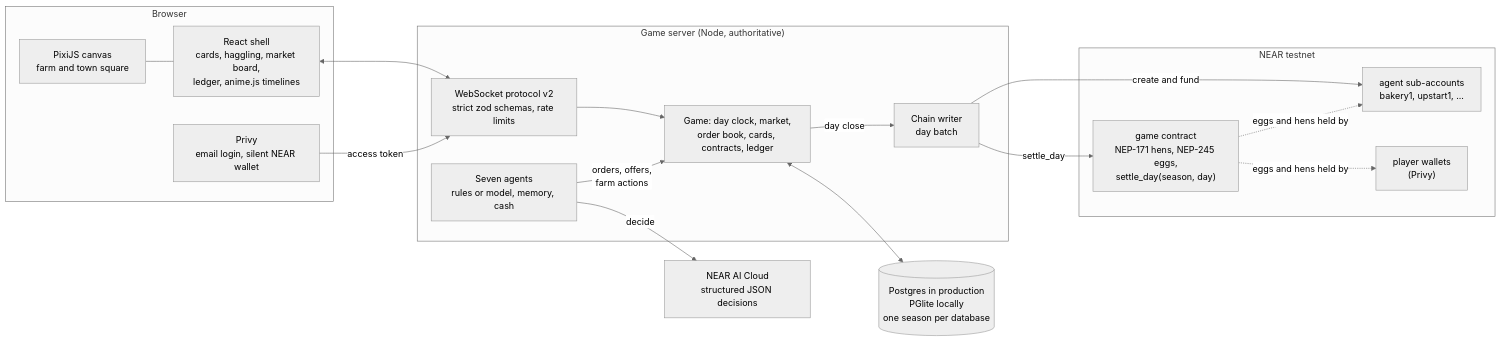
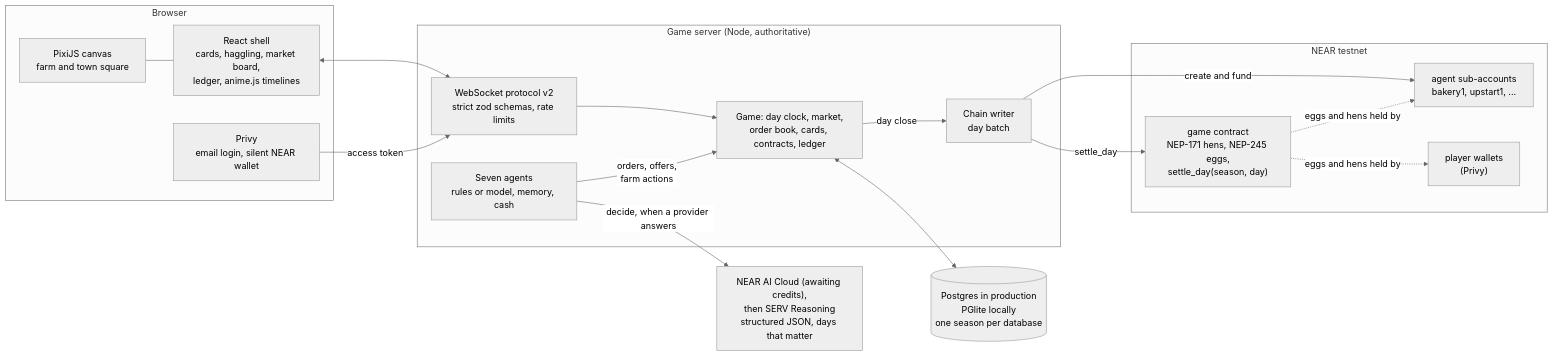
The sixth of 7 diagrams in README.md (iam25th1/chickens-of-yolk-street), drawn with Mermaid (neutral theme) before and after one commit. The commit also changed other lines of this file and 3 other files, not shown here.

First line of the commit message:
Docs say what decides: rule strategies, and a model only while a provider answers

````diff
--- a/README.md
+++ b/README.md
@@ -1284,33 +1324,33 @@
 ```mermaid
 flowchart LR
   subgraph Browser
     UI["React shell<br/>cards, haggling, market board,<br/>ledger, anime.js timelines"]
     PX["PixiJS canvas<br/>farm and town square"]
     PV["Privy<br/>email login, silent NEAR wallet"]
   end
   subgraph Server["Game server (Node, authoritative)"]
     WS["WebSocket protocol v2<br/>strict zod schemas, rate limits"]
     GM["Game: day clock, market,<br/>order book, cards, contracts, ledger"]
     AG["Seven agents<br/>rules or model, memory, cash"]
     CW["Chain writer<br/>day batch"]
   end
   DB[("Postgres in production<br/>PGlite locally<br/>one season per database")]
-  AI["NEAR AI Cloud<br/>structured JSON decisions"]
+  AI["NEAR AI Cloud (awaiting credits),<br/>then SERV Reasoning<br/>structured JSON, days that matter"]
   subgraph Testnet["NEAR testnet"]
     GC["game contract<br/>NEP-171 hens, NEP-245 eggs,<br/>settle_day(season, day)"]
     SA["agent sub-accounts<br/>bakery1, upstart1, ..."]
     PW["player wallets<br/>(Privy)"]
   end
   UI <--> WS
   PX --- UI
   PV -- "access token" --> WS
   WS --> GM
   GM <--> DB
   AG -- "orders, offers,<br/>farm actions" --> GM
-  AG -- "decide" --> AI
+  AG -- "decide, when a provider answers" --> AI
   GM -- "day close" --> CW
   CW -- "settle_day" --> GC
   CW -- "create and fund" --> SA
   GC -. "eggs and hens held by" .-> SA
   GC -. "eggs and hens held by" .-> PW
 ```
````
